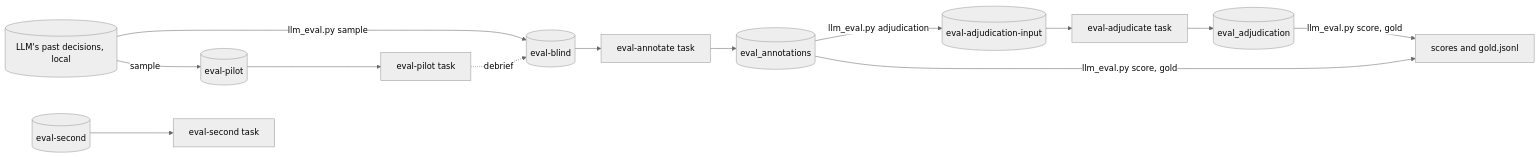
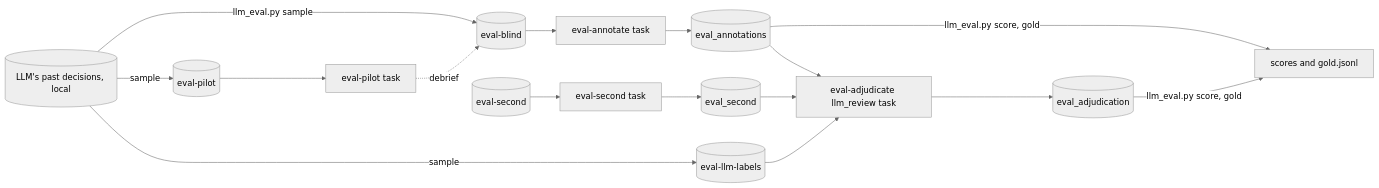
The diagram in llm-classifier-eval/README.md (explosion/ellf-templates), drawn with Mermaid (neutral theme) before and after one commit. The commit also changed other lines of this file and 16 other files, not shown here.

First line of the commit message:
Adjudicate llm-classifier-eval with a custom llm_review recipe

````diff
--- a/llm-classifier-eval/README.md
+++ b/llm-classifier-eval/README.md
@@ -24,16 +24,17 @@
 ```mermaid
 flowchart LR
     accTitle: Evaluating an LLM classifier
-    accDescr: The LLM's past decisions are sampled locally into blind texts. A pilot task settles the definitions, the annotation task labels the whole sample, and an optional second annotator labels a subset for agreement. Disagreements between the annotator and the LLM are settled in an adjudication task, and a script scores the LLM against the result and writes a gold set for re-scoring prompt changes.
+    accDescr: The LLM's past decisions are sampled locally into blind texts and the LLM's labels for them. A pilot task settles the definitions, the annotation task labels the whole sample, and an optional second annotator labels a subset for agreement. The llm_review recipe shows every text where people and the LLM disagree with all the answers side by side, and a script scores the LLM against the settled labels and writes a gold set for re-scoring prompt changes.
     records[(LLM's past decisions, local)] -- llm_eval.py sample --> blind[(eval-blind)]
     records -- sample --> pilot[(eval-pilot)]
+    records -- sample --> llm[(eval-llm-labels)]
     pilot --> ptask[eval-pilot task]
     ptask -. debrief .-> blind
     blind --> atask[eval-annotate task]
     second[(eval-second)] --> stask[eval-second task]
     atask --> ads[(eval_annotations)]
-    ads -- llm_eval.py adjudication --> adjin[(eval-adjudication-input)]
-    adjin --> jtask[eval-adjudicate task]
+    stask --> sds[(eval_second)]
+    ads & sds & llm --> jtask[eval-adjudicate llm_review task]
     jtask --> jds[(eval_adjudication)]
     ads & jds -- llm_eval.py score, gold --> report[scores and gold.jsonl]
 ```
````
